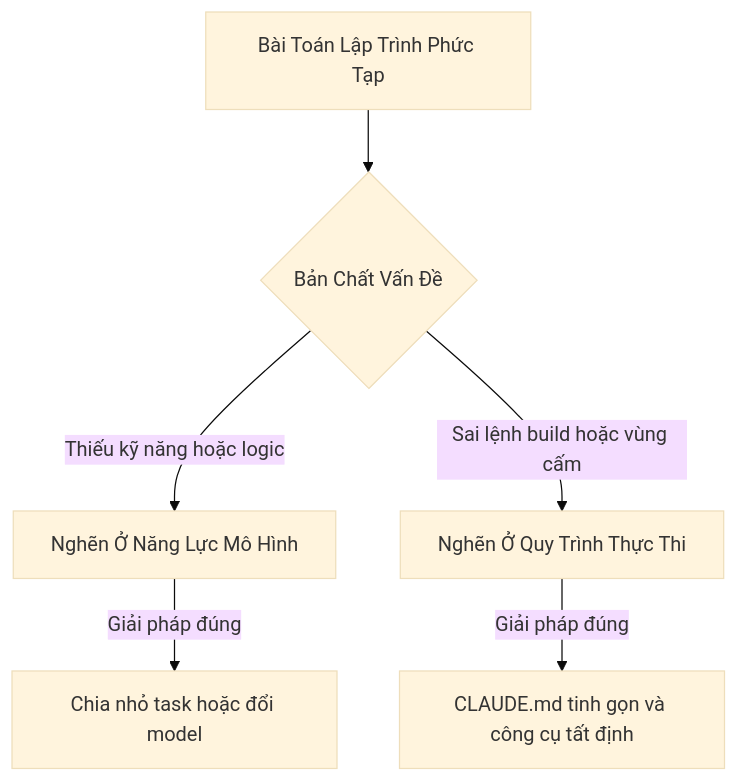
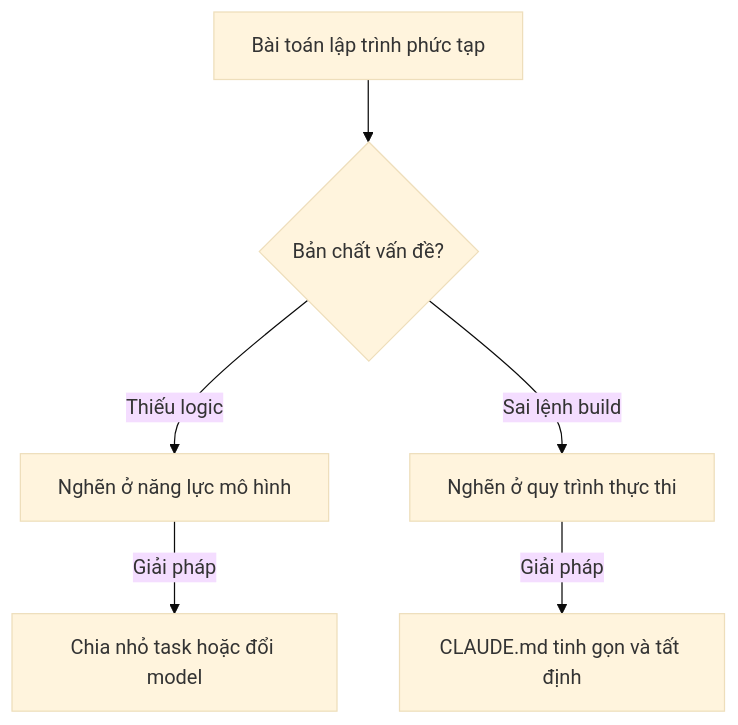
One commit to nguyengoctin/my_website changed the first of 2 diagrams in content/posts/tu-duy-viet-claudemd-thuc-chien.md. Above: the diagram before and after it, drawn with Mermaid (base theme). The commit also changed other lines of this file and 9 other files, not shown here.

````diff
--- a/content/posts/tu-duy-viet-claudemd-thuc-chien.md
+++ b/content/posts/tu-duy-viet-claudemd-thuc-chien.md
@@ -71,8 +71,14 @@
 ```mermaid
 flowchart TD
-    A["Bài Toán Lập Trình Phức Tạp"] --> B{"Bản Chất Vấn Đề"}
-    B -->|Thiếu kỹ năng hoặc logic| C["Nghẽn Ở Năng Lực Mô Hình"]
-    B -->|Sai lệnh build hoặc vùng cấm| D["Nghẽn Ở Quy Trình Thực Thi"]
-    C -->|Giải pháp đúng| E["Chia nhỏ task hoặc đổi model"]
-    D -->|Giải pháp đúng| F["CLAUDE.md tinh gọn và công cụ tất định"]
+    A["`Bài toán lập trình phức tạp`"]
+    B{"`Bản chất vấn đề?`"}
+    C["`Nghẽn ở năng lực mô hình`"]
+    D["`Nghẽn ở quy trình thực thi`"]
+    E["`Chia nhỏ task hoặc đổi model`"]
+    F["`CLAUDE.md tinh gọn và tất định`"]
+    A --> B
+    B -->|Thiếu logic| C
+    B -->|Sai lệnh build| D
+    C -->|Giải pháp| E
+    D -->|Giải pháp| F
 ```
````
